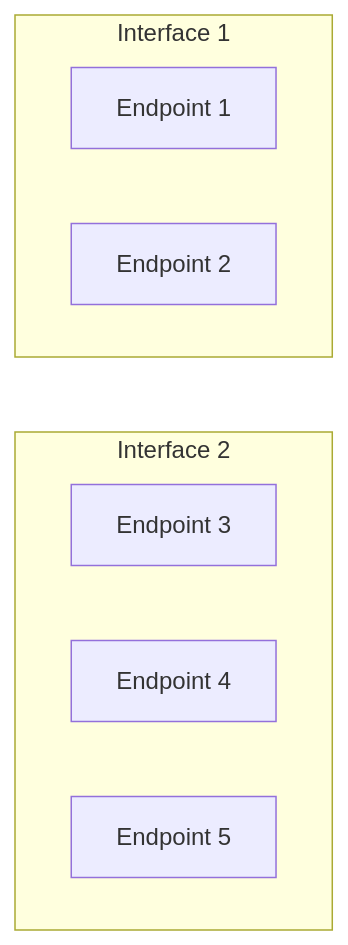
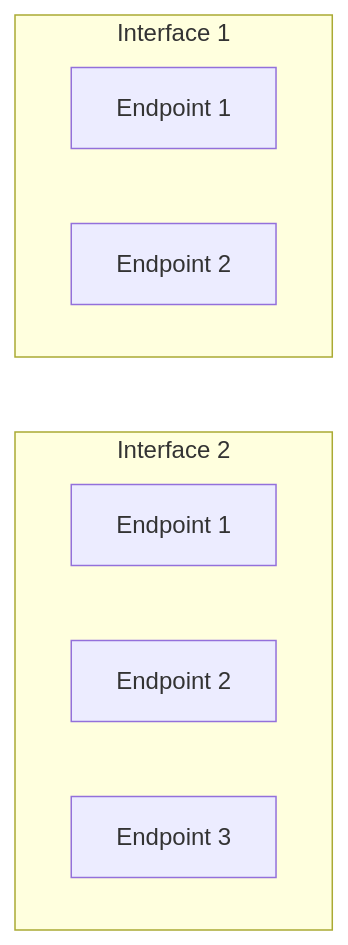
Before and after one commit to tango-adb/docs: the third of 3 diagrams in docs/tango/daemon/usb/index.mdx, drawn with Mermaid. The commit also changed other lines of this file and 12 other files, not shown here.

````diff
--- a/docs/tango/daemon/usb/index.mdx
+++ b/docs/tango/daemon/usb/index.mdx
@@ -88,13 +88,13 @@
 ```mermaid
 flowchart TD
     subgraph I1 ["Interface 1"]
         E1["Endpoint 1"]
         E2["Endpoint 2"]
     end
     I1 ~~~ I2
     subgraph I2 ["Interface 2"]
-        E3["Endpoint 3"]
-        E4["Endpoint 4"]
-        E5["Endpoint 5"]
+        E3["Endpoint 1"]
+        E4["Endpoint 2"]
+        E5["Endpoint 3"]
     end
 ```
````
